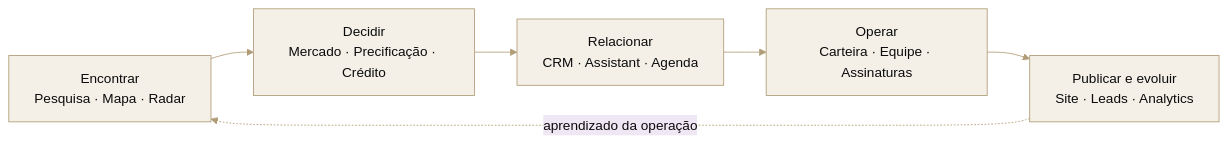
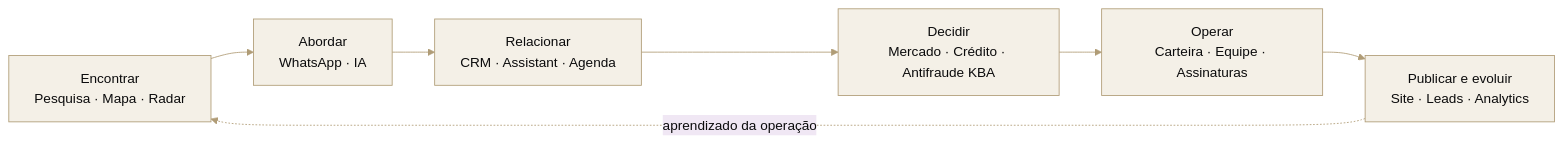
Before and after one commit to miguelzacca/miguelzacca: the diagram in README.md, drawn with Mermaid. The commit also changed other lines of this file, not shown here.

````diff
--- a/README.md
+++ b/README.md
@@ -56,12 +56,13 @@
 ```mermaid
 %%{init: {"theme":"base","themeVariables":{"primaryColor":"#f4f0e7","primaryTextColor":"#0b0b0c","primaryBorderColor":"#b09c76","lineColor":"#b09c76","tertiaryColor":"#faf9f6"}}}%%
 flowchart LR
     discover["Encontrar<br/>Pesquisa · Mapa · Radar"]
-    decide["Decidir<br/>Mercado · Precificação · Crédito"]
+    approach["Abordar<br/>WhatsApp · IA"]
     relate["Relacionar<br/>CRM · Assistant · Agenda"]
+    decide["Decidir<br/>Mercado · Crédito · Antifraude KBA"]
     operate["Operar<br/>Carteira · Equipe · Assinaturas"]
     publish["Publicar e evoluir<br/>Site · Leads · Analytics"]
 
-    discover --> decide --> relate --> operate --> publish
+    discover --> approach --> relate --> decide --> operate --> publish
     publish -. aprendizado da operação .-> discover
 ```
````
